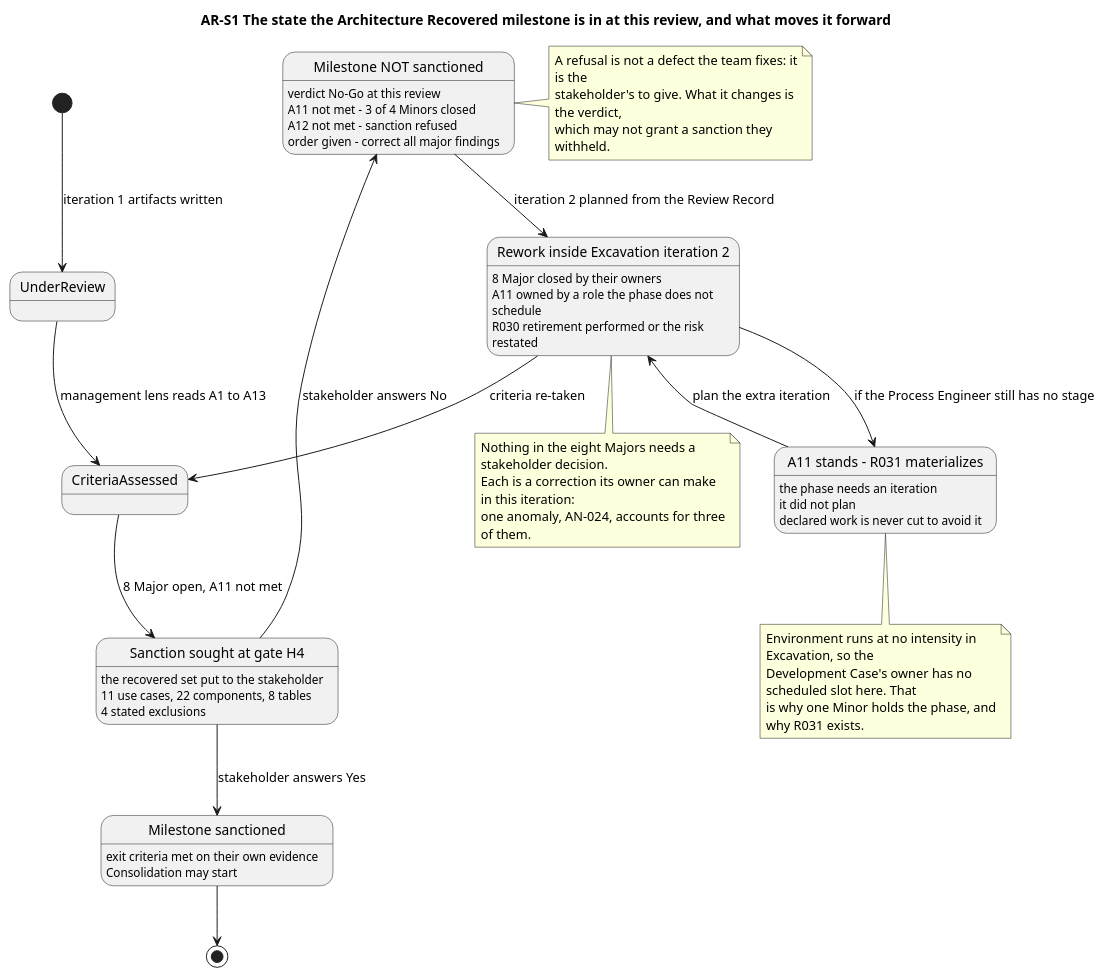
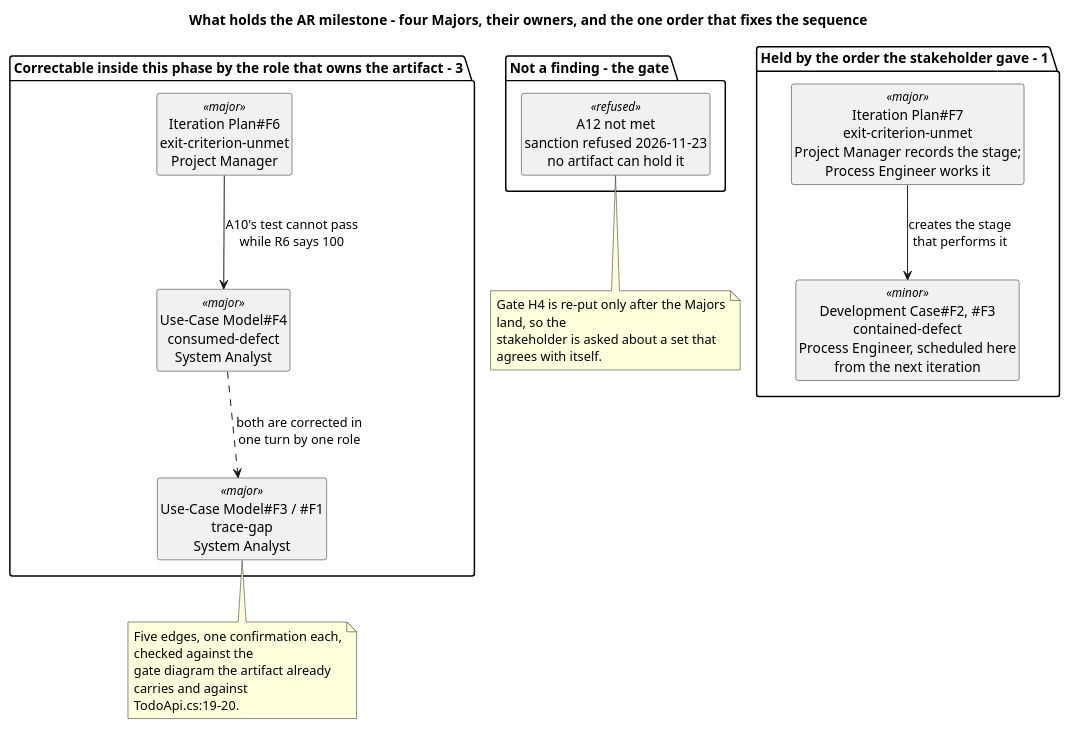
One commit to banense-test/TodoApp changed the eighth of 12 diagrams in docs/artifacts/project-management/review-record.md. Above: the diagram before and after it, drawn with PlantUML. The commit also changed other lines of this file, not shown here.

Commit message:
Management Reviewer [Excavation2]: upsert Review Record
[skip ci]

````diff
--- a/docs/artifacts/project-management/review-record.md
+++ b/docs/artifacts/project-management/review-record.md
@@ -823,72 +833,40 @@
 ```plantuml
 @startuml
-title AR-S1 The state the Architecture Recovered milestone is in at this review, and what moves it forward
+title What holds the AR milestone - four Majors, their owners, and the one order that fixes the sequence
 
 skinparam shadowing false
-skinparam wrapWidth 250
+skinparam classAttributeIconSize 0
+skinparam wrapWidth 240
+hide circle
+hide empty members
 
-[*] --> UnderReview : iteration 1 artifacts written
-UnderReview --> CriteriaAssessed : management lens reads A1 to A13
-CriteriaAssessed --> SanctionSought : 8 Major open, A11 not met
-
-state "Sanction sought at gate H4" as SanctionSought {
-  SanctionSought : the recovered set put to the stakeholder
-  SanctionSought : 11 use cases, 22 components, 8 tables
-  SanctionSought : 4 stated exclusions
+package "Correctable inside this phase by the role that owns the artifact - 3" {
+  class "Use-Case Model#F3 / #F1\ntrace-gap\nSystem Analyst" as M1 <<major>>
+  class "Use-Case Model#F4\nconsumed-defect\nSystem Analyst" as M2 <<major>>
+  class "Iteration Plan#F6\nexit-criterion-unmet\nProject Manager" as M3 <<major>>
 }
 
-SanctionSought --> Refused : stakeholder answers No
-SanctionSought --> Sanctioned : stakeholder answers Yes
-
-state "Milestone NOT sanctioned" as Refused {
-  Refused : verdict No-Go at this review
-  Refused : A11 not met - 3 of 4 Minors closed
-  Refused : A12 not met - sanction refused
-  Refused : order given - correct all major findings
+package "Held by the order the stakeholder gave - 1" {
+  class "Iteration Plan#F7\nexit-criterion-unmet\nProject Manager records the stage;\nProcess Engineer works it" as M4 <<major>>
+  class "Development Case#F2, #F3\ncontained-defect\nProcess Engineer, scheduled here\nfrom the next iteration" as m1 <<minor>>
 }
 
-state "Rework inside Excavation iteration 2" as Rework {
-  Rework : 8 Major closed by their owners
-  Rework : A11 owned by a role the phase does not schedule
-  Rework : R030 retirement performed or the risk restated
+package "Not a finding - the gate" {
+  class "A12 not met\nsanction refused 2026-11-23\nno artifact can hold it" as G1 <<refused>>
 }
 
-Refused --> Rework : iteration 2 planned from the Review Record
-Rework --> CriteriaAssessed : criteria re-taken
-Rework --> PlanA11 : if the Process Engineer still has no stage
+M4 --> m1 : creates the stage\nthat performs it
+M3 --> M2 : A10's test cannot pass\nwhile R6 says 100
+M2 ..> M1 : both are corrected in\none turn by one role
 
-state "A11 stands - R031 materializes" as PlanA11 {
-  PlanA11 : the phase needs an iteration
-  PlanA11 : it did not plan
-  PlanA11 : declared work is never cut to avoid it
-}
-
-PlanA11 --> Rework : plan the extra iteration
-
-state "Milestone sanctioned" as Sanctioned {
-  Sanctioned : exit criteria met on their own evidence
-  Sanctioned : Consolidation may start
-}
-
-Sanctioned --> [*]
-
-note right of Refused
-  A refusal is not a defect the team fixes: it is the
-  stakeholder's to give. What it changes is the verdict,
-  which may not grant a sanction they withheld.
+note bottom of M1
+  Five edges, one confirmation each, checked against the
+  gate diagram the artifact already carries and against
+  TodoApi.cs:19-20.
 end note
-
-note bottom of Rework
-  Nothing in the eight Majors needs a stakeholder decision.
-  Each is a correction its owner can make in this iteration:
-  one anomaly, AN-024, accounts for three of them.
+note bottom of G1
+  Gate H4 is re-put only after the Majors land, so the
+  stakeholder is asked about a set that agrees with itself.
 end note
-
-note bottom of PlanA11
-  Environment runs at no intensity in Excavation, so the
-  Development Case's owner has no scheduled slot here. That
-  is why one Minor holds the phase, and why R031 exists.
-end note
-
 @enduml
 ```
````
